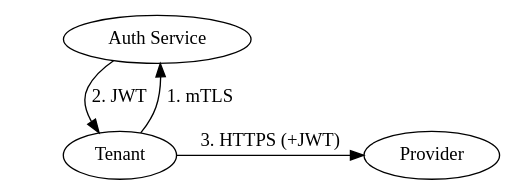
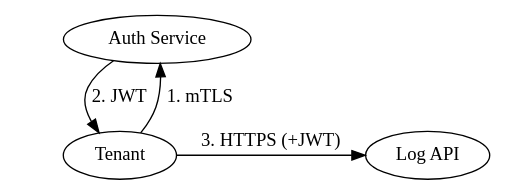
One commit to ovrclk/eng-talk changed the diagram in dot/jwt-flow.dot. Above: the diagram before and after it, drawn with Graphviz. The commit also changed 8 other files, not shown here.

```diff
--- a/dot/jwt-flow.dot
+++ b/dot/jwt-flow.dot
@@ -1,31 +1,31 @@
 digraph G {
 
   rank1 [label="" width=0 style=invis];
   rank2 [label="" width=0 style=invis];
 
   rank1 -> rank2 [style=invis];
 
 
   n_svc [label="Auth Service"];
   {
     rank=same;
     rankdir=LR;
     rank1 -> n_svc [style=invis];
   }
 
   n_tenant[label="Tenant"];
-  n_provider[label="Provider"];
+  n_provider[label="Log API"];
   {
     rank=same;
     rankdir=LR;
     rank2 -> n_tenant -> n_provider [style=invis];
   }
 
   n_tenant -> n_svc [label="1. mTLS"];
   n_svc -> n_tenant [label="2. JWT"];
   /* n_svc -> n_tenant [label="2. JWT" style=invis]; */
 
   n_tenant -> n_provider[label="3. HTTPS (+JWT)"];
   /* n_tenant -> n_provider[label="3. HTTPS (+JWT)" style=invis]; */
 
 }
```
